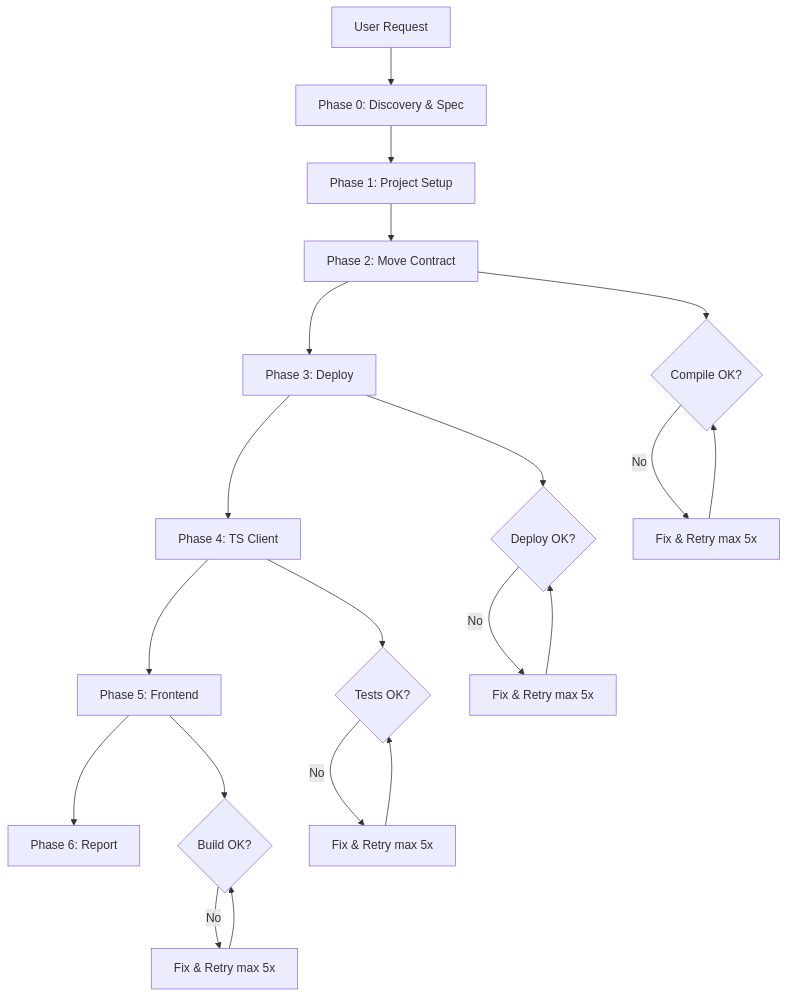
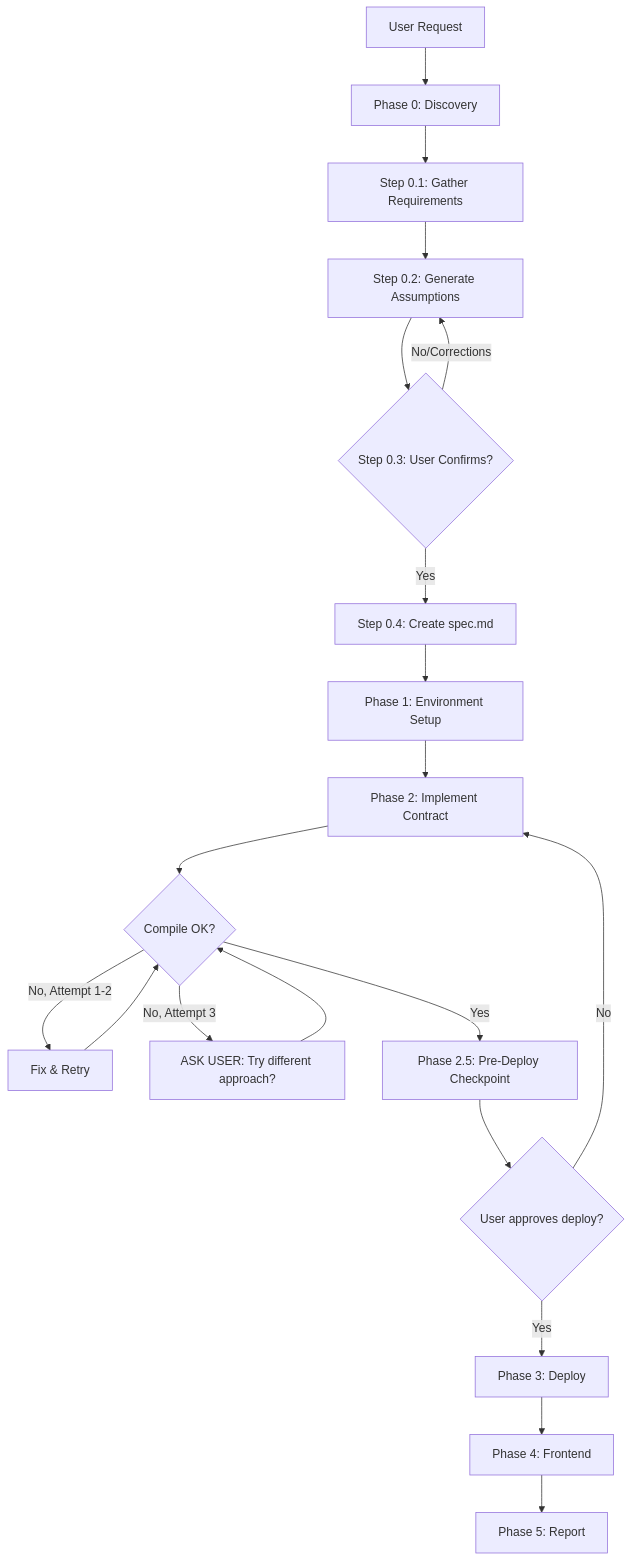
Before and after one commit to pontem-network/LumioVibe: the diagram in LUMIOVIBE_SETUP.md, drawn with Mermaid. The commit also changed other lines of this file and 22 other files, not shown here.

````diff
--- a/LUMIOVIBE_SETUP.md
+++ b/LUMIOVIBE_SETUP.md
@@ -75,26 +74,25 @@
 ```mermaid
 graph TD
-    A[User Request] --> B[Phase 0: Discovery & Spec]
-    B --> C[Phase 1: Project Setup]
-    C --> D[Phase 2: Move Contract]
-    D --> E[Phase 3: Deploy]
-    E --> F[Phase 4: TS Client]
-    F --> G[Phase 5: Frontend]
-    G --> H[Phase 6: Report]
+    A[User Request] --> B[Phase 0: Discovery]
+    B --> B1[Step 0.1: Gather Requirements]
+    B1 --> B2[Step 0.2: Generate Assumptions]
+    B2 --> B3{Step 0.3: User Confirms?}
+    B3 -->|No/Corrections| B2
+    B3 -->|Yes| B4[Step 0.4: Create spec.md]
+    B4 --> C[Phase 1: Environment Setup]
+    C --> D[Phase 2: Implement Contract]
 
     D --> D1{Compile OK?}
-    D1 -->|No| D2[Fix & Retry max 5x]
+    D1 -->|No, Attempt 1-2| D2[Fix & Retry]
     D2 --> D1
+    D1 -->|No, Attempt 3| D3[ASK USER: Try different approach?]
+    D3 --> D1
+    D1 -->|Yes| E[Phase 2.5: Pre-Deploy Checkpoint]
 
-    E --> E1{Deploy OK?}
-    E1 -->|No| E2[Fix & Retry max 5x]
-    E2 --> E1
+    E --> E1{User approves deploy?}
+    E1 -->|No| D
+    E1 -->|Yes| F[Phase 3: Deploy]
 
-    F --> F1{Tests OK?}
-    F1 -->|No| F2[Fix & Retry max 5x]
-    F2 --> F1
-
-    G --> G1{Build OK?}
-    G1 -->|No| G2[Fix & Retry max 5x]
-    G2 --> G1
+    F --> G[Phase 4: Frontend]
+    G --> H[Phase 5: Report]
 ```
````
